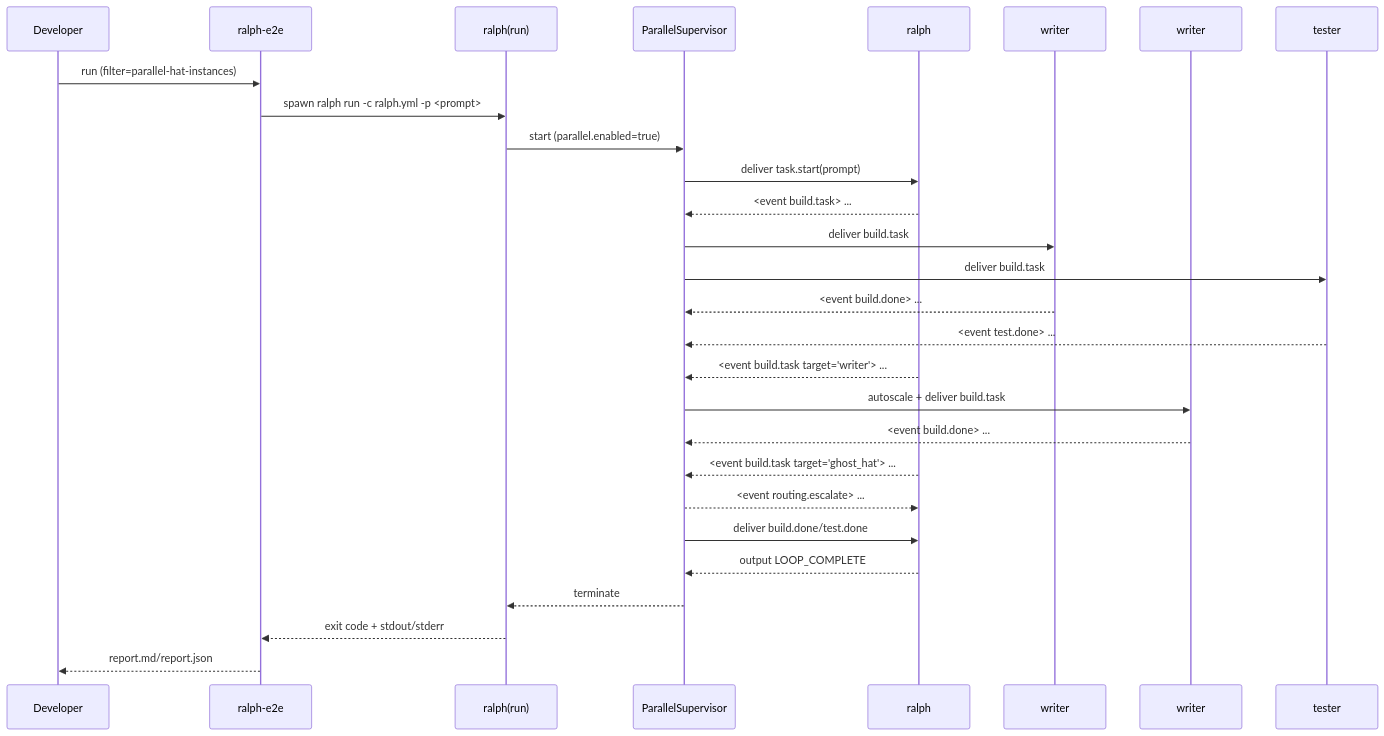
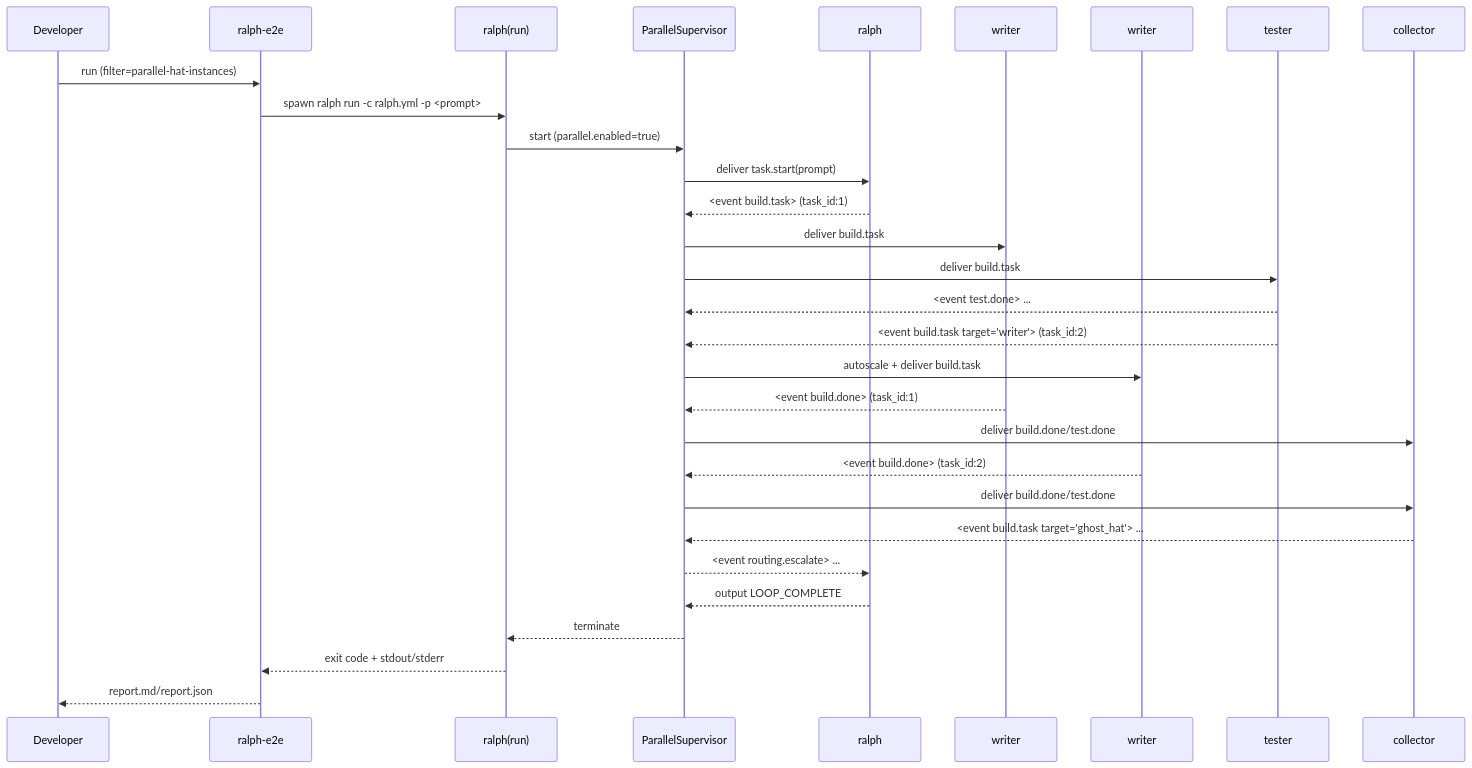
One commit to raiscui/ralph-orchestrator changed the second of 2 diagrams in specs/parallel-hat-instances/e2e.md. Above: the diagram before and after it, drawn with Mermaid. The commit also changed other lines of this file and 48 other files, not shown here.

````diff
--- a/specs/parallel-hat-instances/e2e.md
+++ b/specs/parallel-hat-instances/e2e.md
@@ -97,33 +103,33 @@
 ```mermaid
 sequenceDiagram
   participant Dev as Developer
   participant E2E as ralph-e2e
   participant Ralph as ralph(run)
   participant Sup as ParallelSupervisor
   participant R as ralph#1
   participant W1 as writer#1
   participant W2 as writer#2
   participant T1 as tester#1
+  participant C1 as collector#1
 
   Dev->>E2E: run (filter=parallel-hat-instances)
   E2E->>Ralph: spawn ralph run -c ralph.yml -p <prompt>
   Ralph->>Sup: start (parallel.enabled=true)
   Sup->>R: deliver task.start(prompt)
-  R-->>Sup: <event build.task> ...
+  R-->>Sup: <event build.task> (task_id:1)
   Sup->>W1: deliver build.task
   Sup->>T1: deliver build.task
-  W1-->>Sup: <event build.done> ...
   T1-->>Sup: <event test.done> ...
-
-  R-->>Sup: <event build.task target="writer"> ...
+  T1-->>Sup: <event build.task target="writer"> (task_id:2)
   Sup->>W2: autoscale + deliver build.task
-  W2-->>Sup: <event build.done> ...
-
-  R-->>Sup: <event build.task target="ghost_hat"> ...
+  W1-->>Sup: <event build.done> (task_id:1)
+  Sup->>C1: deliver build.done/test.done
+  W2-->>Sup: <event build.done> (task_id:2)
+  Sup->>C1: deliver build.done/test.done
+  C1-->>Sup: <event build.task target="ghost_hat"> ...
   Sup-->>R: <event routing.escalate> ...
-  Sup->>R: deliver build.done/test.done
   R-->>Sup: output LOOP_COMPLETE
   Sup-->>Ralph: terminate
   Ralph-->>E2E: exit code + stdout/stderr
   E2E-->>Dev: report.md/report.json
 ```
````
